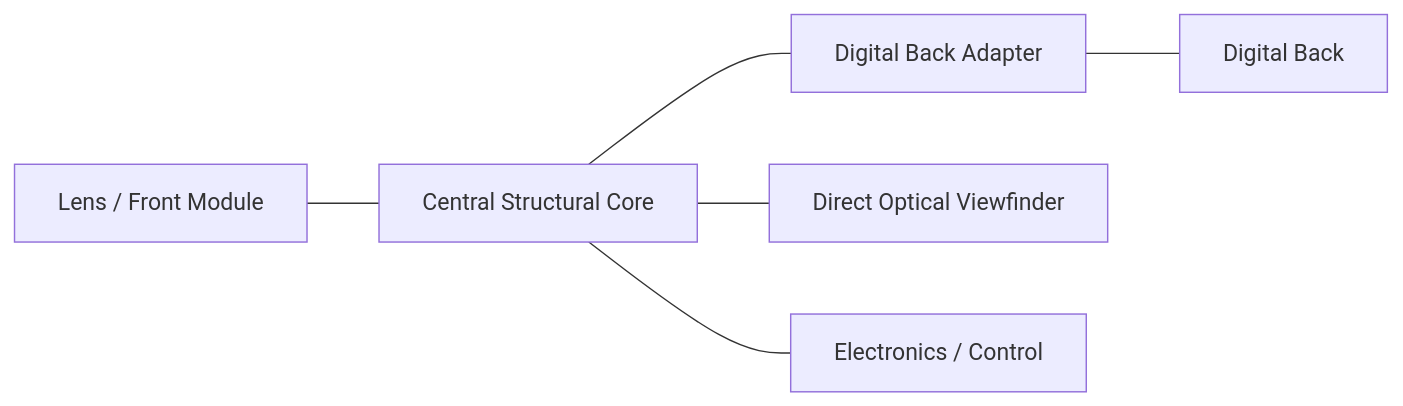
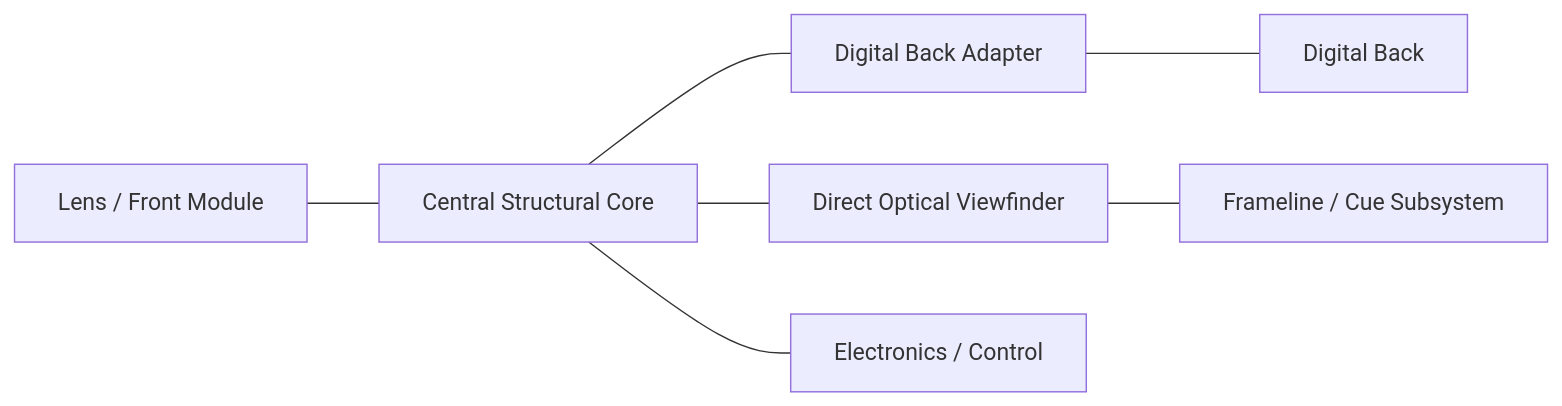
The diagram in docs/architecture/system-overview.md (inkcat-qwq/modular-medium-format-camera), drawn with Mermaid before and after one commit. The commit also changed other lines of this file, not shown here.

Commit message:
Integrate VF13 and system-control progress into architecture overview

````diff
--- a/docs/architecture/system-overview.md
+++ b/docs/architecture/system-overview.md
@@ -21,16 +21,18 @@
 ```mermaid
 flowchart LR
     L[Lens / Front Module]
     C[Central Structural Core]
     B[Digital Back Adapter]
     D[Digital Back]
     V[Direct Optical Viewfinder]
+    F[Frameline / Cue Subsystem]
     E[Electronics / Control]
 
     L --- C
     C --- B
     B --- D
 
     C --- V
+    V --- F
     C --- E
 ```
````
